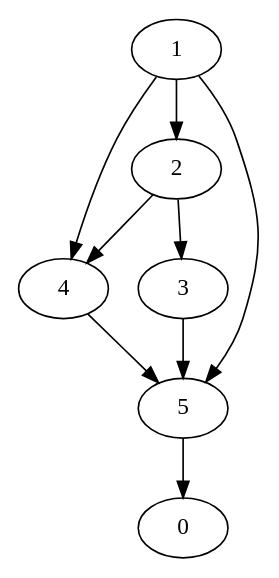
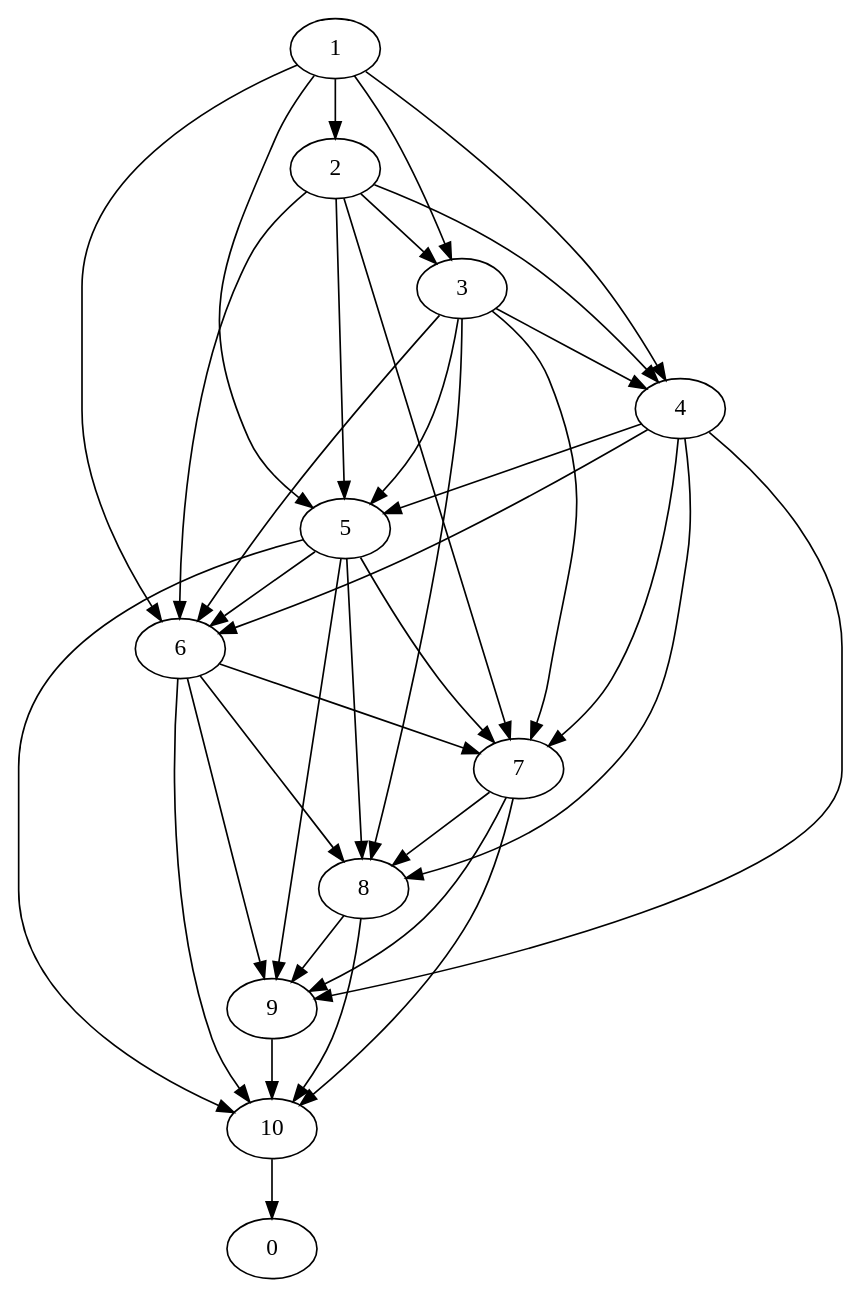
Before and after one commit to chetan-anand/btp: the diagram in graph1.gv, drawn with Graphviz. The commit also changed 4 other files, not shown here.

```diff
--- a/graph1.gv
+++ b/graph1.gv
@@ -1,10 +1,38 @@
 digraph G {
 1->2
+1->3
 1->4
 1->5
+1->6
 2->3
 2->4
+2->5
+2->6
+2->7
+3->4
 3->5
+3->6
+3->7
+3->8
 4->5
-5->0
+4->6
+4->7
+4->8
+4->9
+5->6
+5->7
+5->8
+5->9
+5->10
+6->7
+6->8
+6->9
+6->10
+7->8
+7->9
+7->10
+8->9
+8->10
+9->10
+10->0
 }
```
